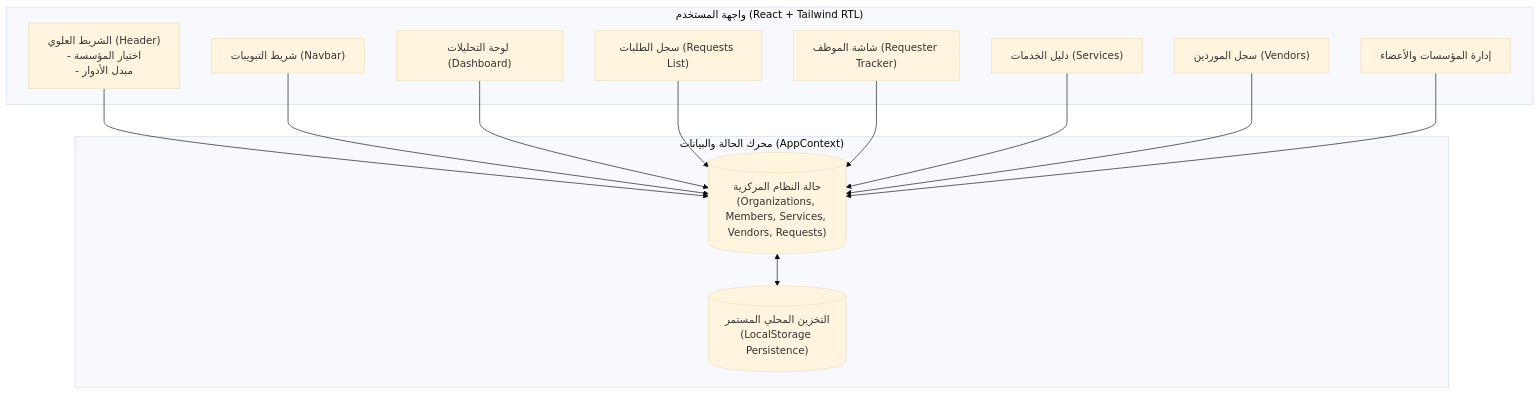
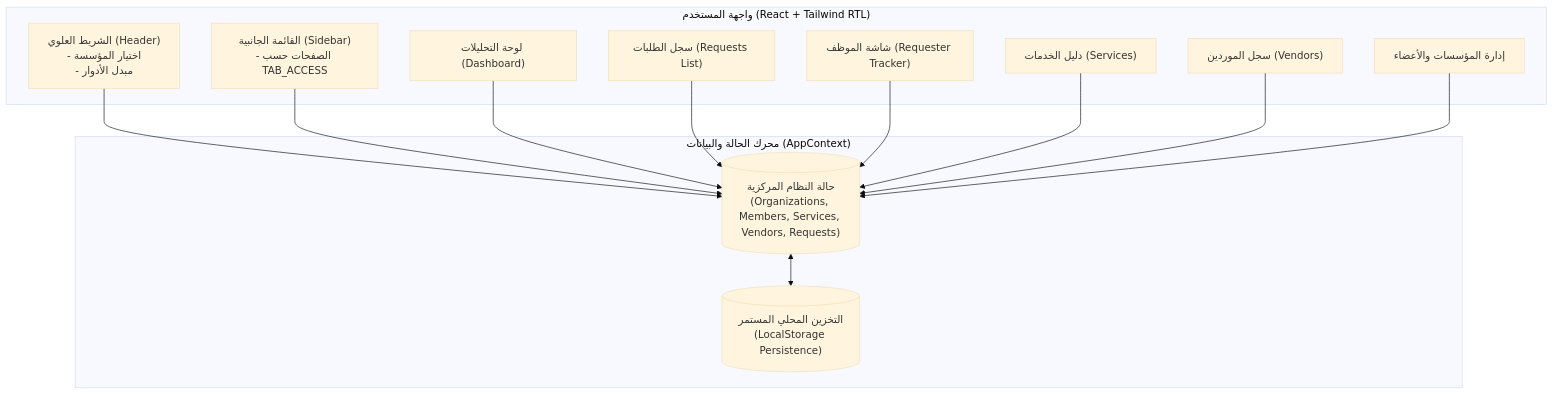
The diagram in docs/01-system-overview.md (nagmdev/expenses-project), drawn with Mermaid (base theme) before and after one commit. The commit also changed 54 other files, not shown here.

````diff
--- a/docs/01-system-overview.md
+++ b/docs/01-system-overview.md
@@ -34,28 +34,29 @@
 ```mermaid
 flowchart TD
     subgraph Client["واجهة المستخدم (React + Tailwind RTL)"]
         Header["الشريط العلوي (Header)\n- اختيار المؤسسة\n- مبدل الأدوار"]
-        Navbar["شريط التبويبات (Navbar)"]
+        Sidebar["القائمة الجانبية (Sidebar)
+- الصفحات حسب TAB_ACCESS"]
         ViewDashboard["لوحة التحليلات (Dashboard)"]
         ViewRequests["سجل الطلبات (Requests List)"]
         ViewTracker["شاشة الموظف (Requester Tracker)"]
         ViewServices["دليل الخدمات (Services)"]
         ViewProviders["سجل الموردين (Vendors)"]
         ViewOrgs["إدارة المؤسسات والأعضاء"]
     end
 
     subgraph StateEngine["محرك الحالة والبيانات (AppContext)"]
         AppState[("حالة النظام المركزية\n(Organizations, Members, Services, Vendors, Requests)")]
         Persistence[("التخزين المحلي المستمر\n(LocalStorage Persistence)")]
         AppState <--> Persistence
     end
 
     Header --> AppState
-    Navbar --> AppState
+    Sidebar --> AppState
     ViewDashboard --> AppState
     ViewRequests --> AppState
     ViewTracker --> AppState
     ViewServices --> AppState
     ViewProviders --> AppState
     ViewOrgs --> AppState
 ```
````
